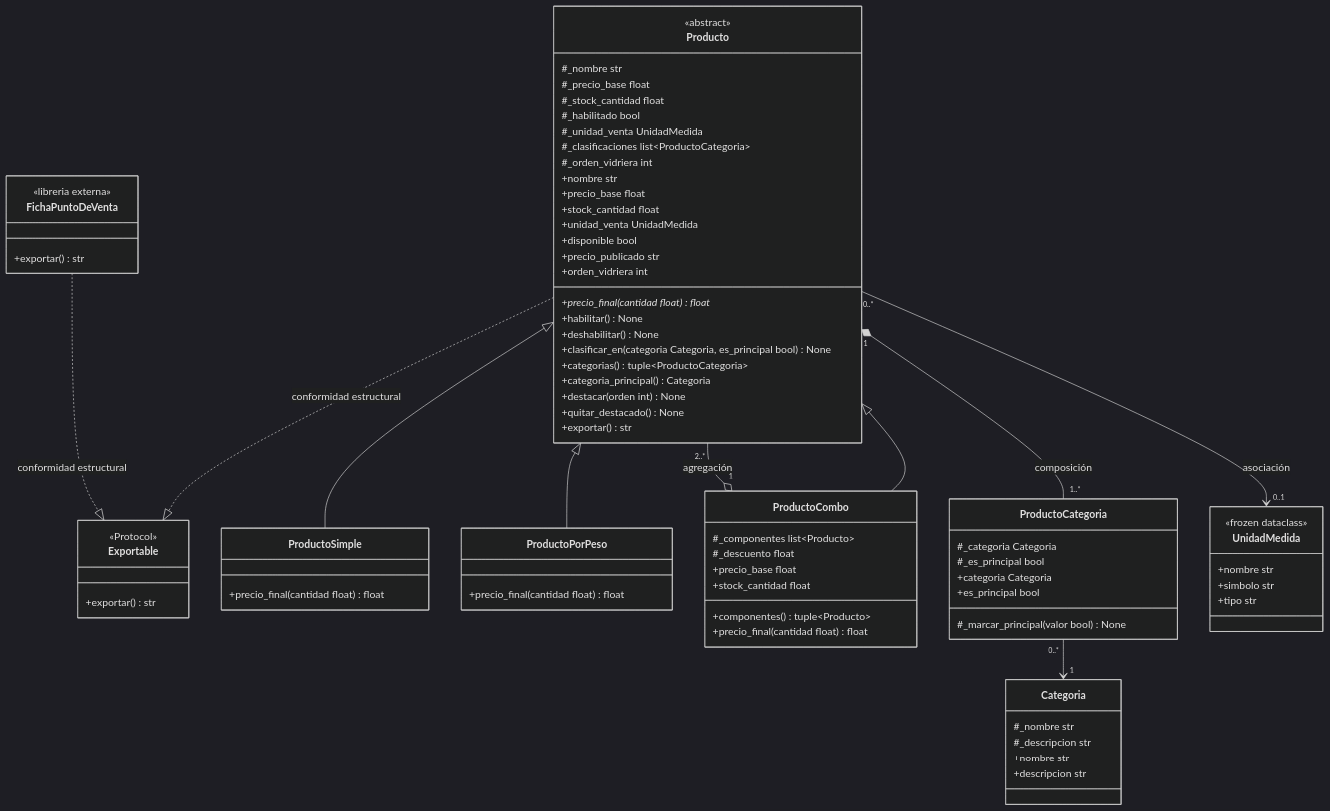
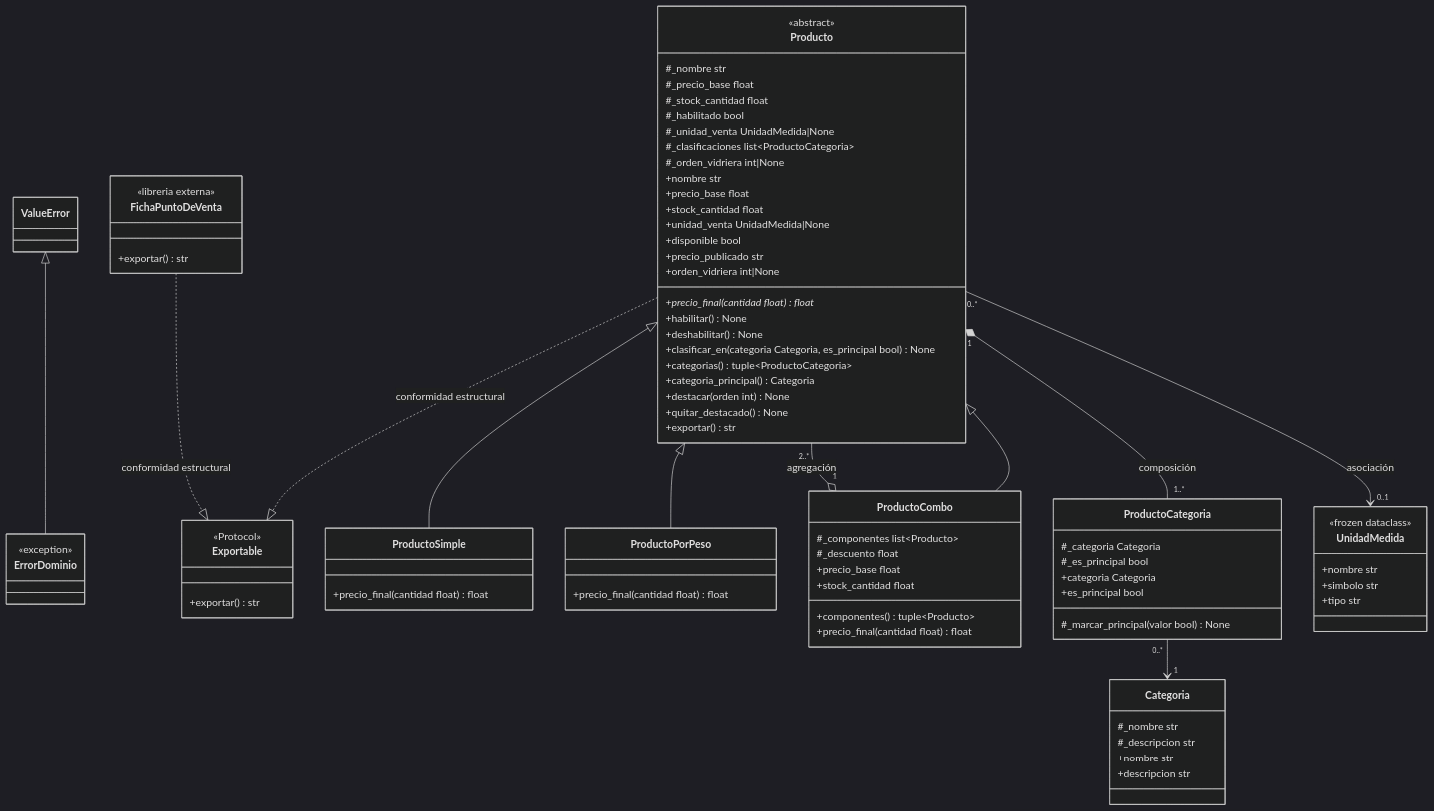
Before and after one commit to GonzaVega/UTN_TUPaD_P4_TPI: the diagram in Vega_Gonzalo_P1_POO/uml/modelo_final.md, drawn with Mermaid (dark theme). The commit also changed other lines of this file and 5 other files, not shown here.

````diff
--- a/Vega_Gonzalo_P1_POO/uml/modelo_final.md
+++ b/Vega_Gonzalo_P1_POO/uml/modelo_final.md
@@ -5,5 +5,8 @@
 ```mermaid
 classDiagram
+    class ErrorDominio {
+        <<exception>>
+    }
     class Exportable {
         <<Protocol>>
         +exportar() str
@@ -14,16 +17,16 @@
         #_precio_base float
         #_stock_cantidad float
         #_habilitado bool
-        #_unidad_venta UnidadMedida
+        #_unidad_venta UnidadMedida|None
         #_clasificaciones list~ProductoCategoria~
-        #_orden_vidriera int
+        #_orden_vidriera int|None
         +nombre str
         +precio_base float
         +stock_cantidad float
-        +unidad_venta UnidadMedida
+        +unidad_venta UnidadMedida|None
         +disponible bool
         +precio_publicado str
-        +orden_vidriera int
+        +orden_vidriera int|None
         +precio_final(cantidad float)* float
         +habilitar() None
         +deshabilitar() None
@@ -72,6 +75,7 @@
         +exportar() str
     }
 
+    ValueError <|-- ErrorDominio
     Producto <|-- ProductoSimple
     Producto <|-- ProductoPorPeso
     Producto <|-- ProductoCombo
````
